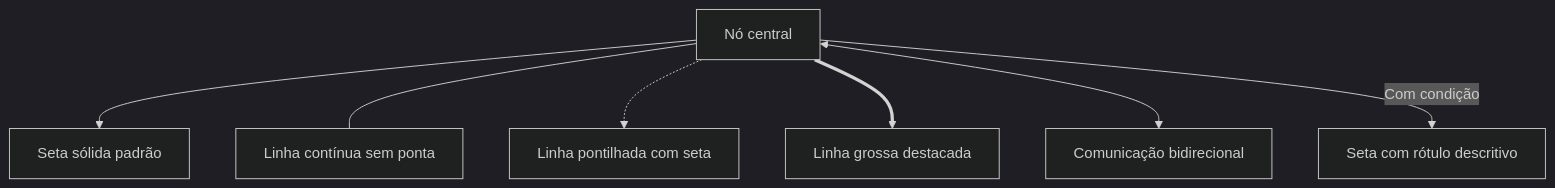
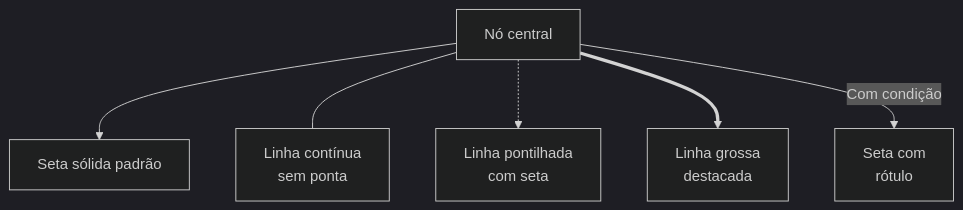
One commit to leorruas/programacao changed the second of 14 diagrams in mermaid/Sintaxe e possibilidades com Mermaid.md. Above: the diagram before and after it, drawn with Mermaid (dark theme). The commit also changed other lines of this file and 4 other files, not shown here.

Commit message:
fix(mermaid): corrigir sintaxe de nós e garantir alto contraste para timeline, mindmap, quadrant e gantt

````diff
--- a/mermaid/Sintaxe e possibilidades com Mermaid.md
+++ b/mermaid/Sintaxe e possibilidades com Mermaid.md
@@ -75,10 +70,9 @@
 ```mermaid
 flowchart TD
     Origem["Nó central"]
     Origem --> Solida["Seta sólida padrão"]
-    Origem --- SemPonta["Linha contínua sem ponta"]
-    Origem -.-> Pontilhada["Linha pontilhada com seta"]
-    Origem ==> Grossa["Linha grossa destacada"]
-    Origem <--> Dupla["Comunicação bidirecional"]
-    Origem -->|Com condição| ComTexto["Seta com rótulo descritivo"]
+    Origem --- SemPonta["Linha contínua<br>sem ponta"]
+    Origem -.-> Pontilhada["Linha pontilhada<br>com seta"]
+    Origem ==> Grossa["Linha grossa<br>destacada"]
+    Origem -->|Com condição| ComTexto["Seta com<br>rótulo"]
 ```
````
